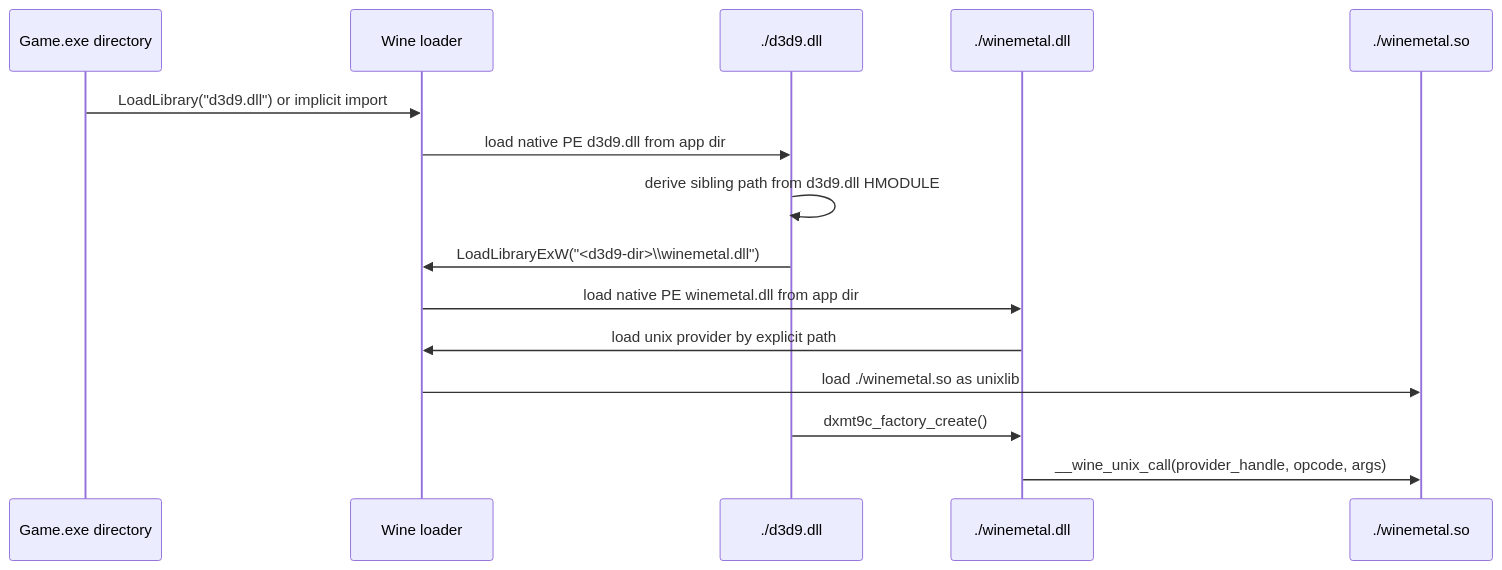
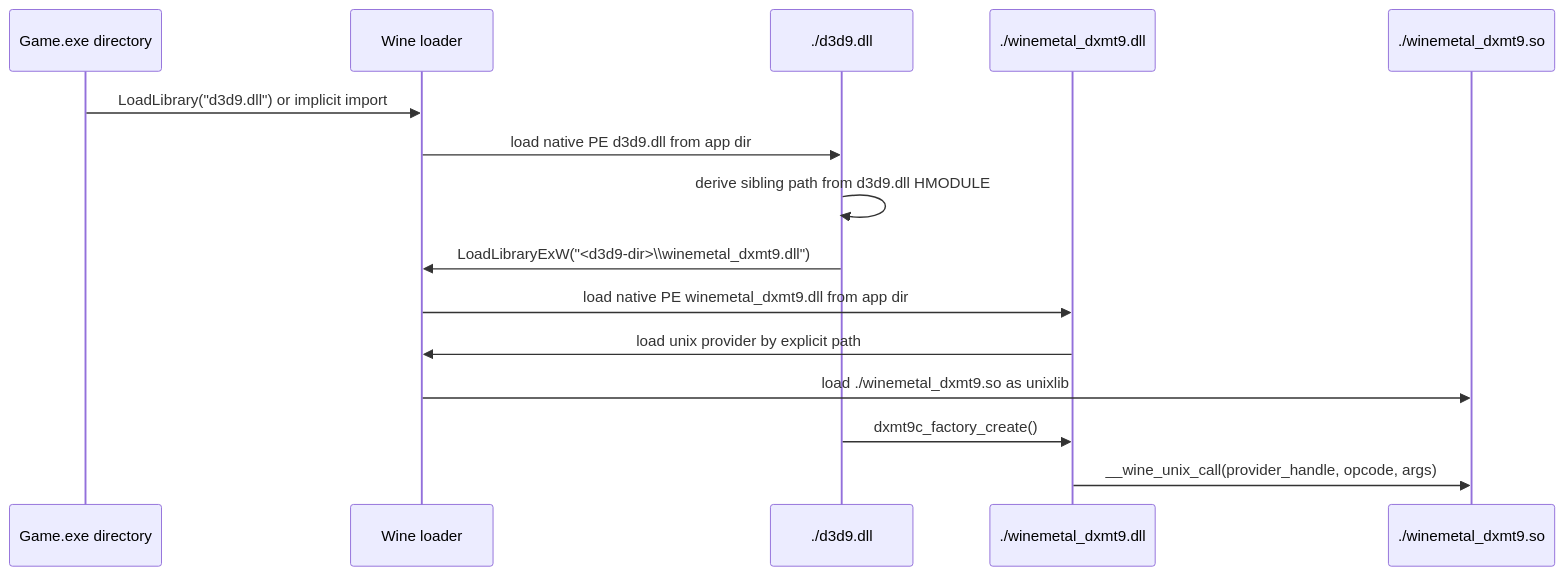
One commit to dfdgsdfg/dxmt9 changed the third of 4 diagrams in specs/deploy/spec.md. Above: the diagram before and after it, drawn with Mermaid. The commit also changed other lines of this file and 10 other files, not shown here.

````diff
--- a/specs/deploy/spec.md
+++ b/specs/deploy/spec.md
@@ -204,18 +222,18 @@
 ```mermaid
 sequenceDiagram
     participant App as Game.exe directory
     participant Wine as Wine loader
     participant D9 as ./d3d9.dll
-    participant WM as ./winemetal.dll
-    participant SO as ./winemetal.so
+    participant WM as ./winemetal_dxmt9.dll
+    participant SO as ./winemetal_dxmt9.so
 
     App->>Wine: LoadLibrary("d3d9.dll") or implicit import
     Wine->>D9: load native PE d3d9.dll from app dir
     D9->>D9: derive sibling path from d3d9.dll HMODULE
-    D9->>Wine: LoadLibraryExW("<d3d9-dir>\\winemetal.dll")
-    Wine->>WM: load native PE winemetal.dll from app dir
+    D9->>Wine: LoadLibraryExW("<d3d9-dir>\\winemetal_dxmt9.dll")
+    Wine->>WM: load native PE winemetal_dxmt9.dll from app dir
     WM->>Wine: load unix provider by explicit path
-    Wine->>SO: load ./winemetal.so as unixlib
+    Wine->>SO: load ./winemetal_dxmt9.so as unixlib
     D9->>WM: dxmt9c_factory_create()
     WM->>SO: __wine_unix_call(provider_handle, opcode, args)
 ```
````
